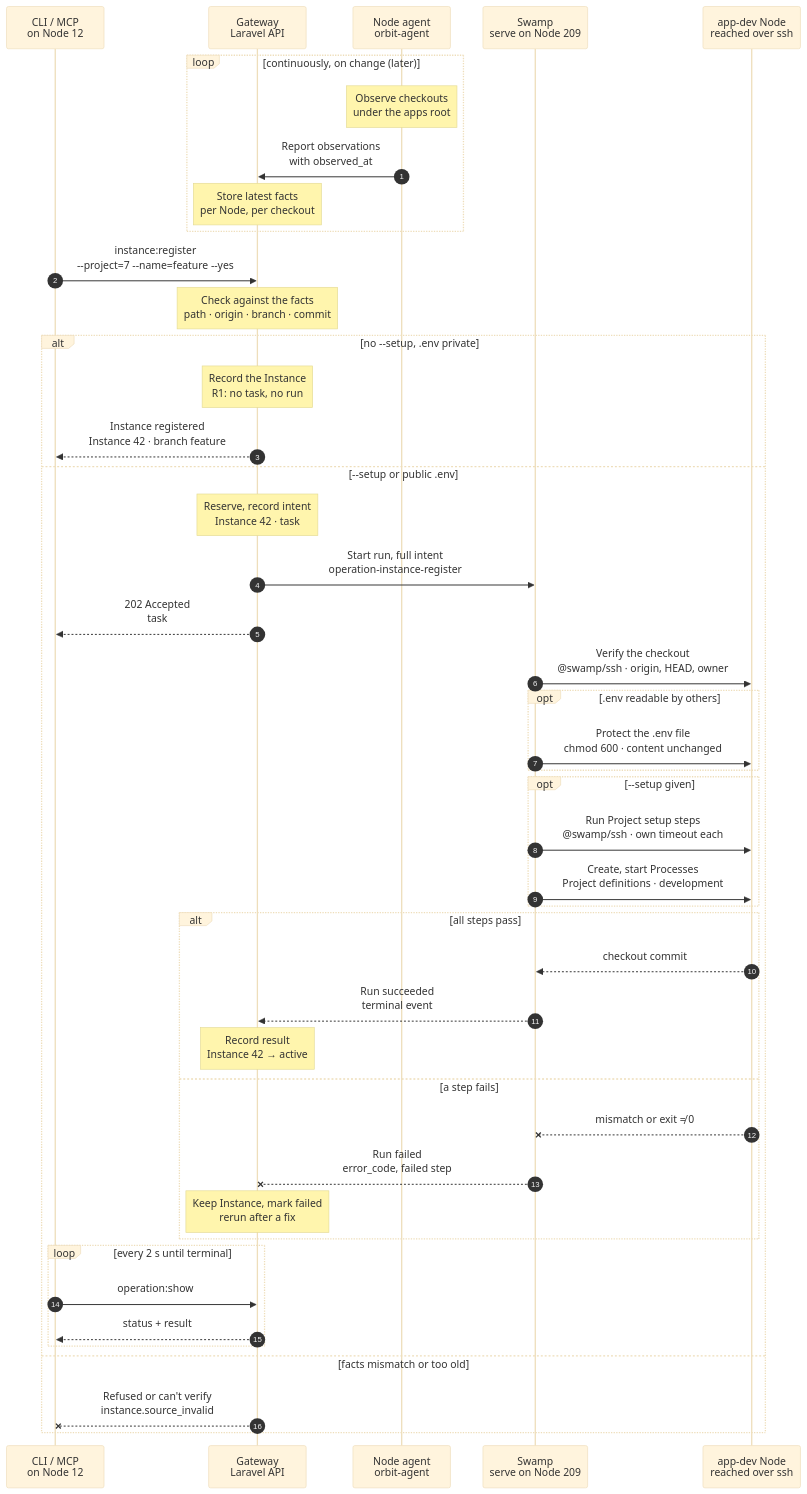
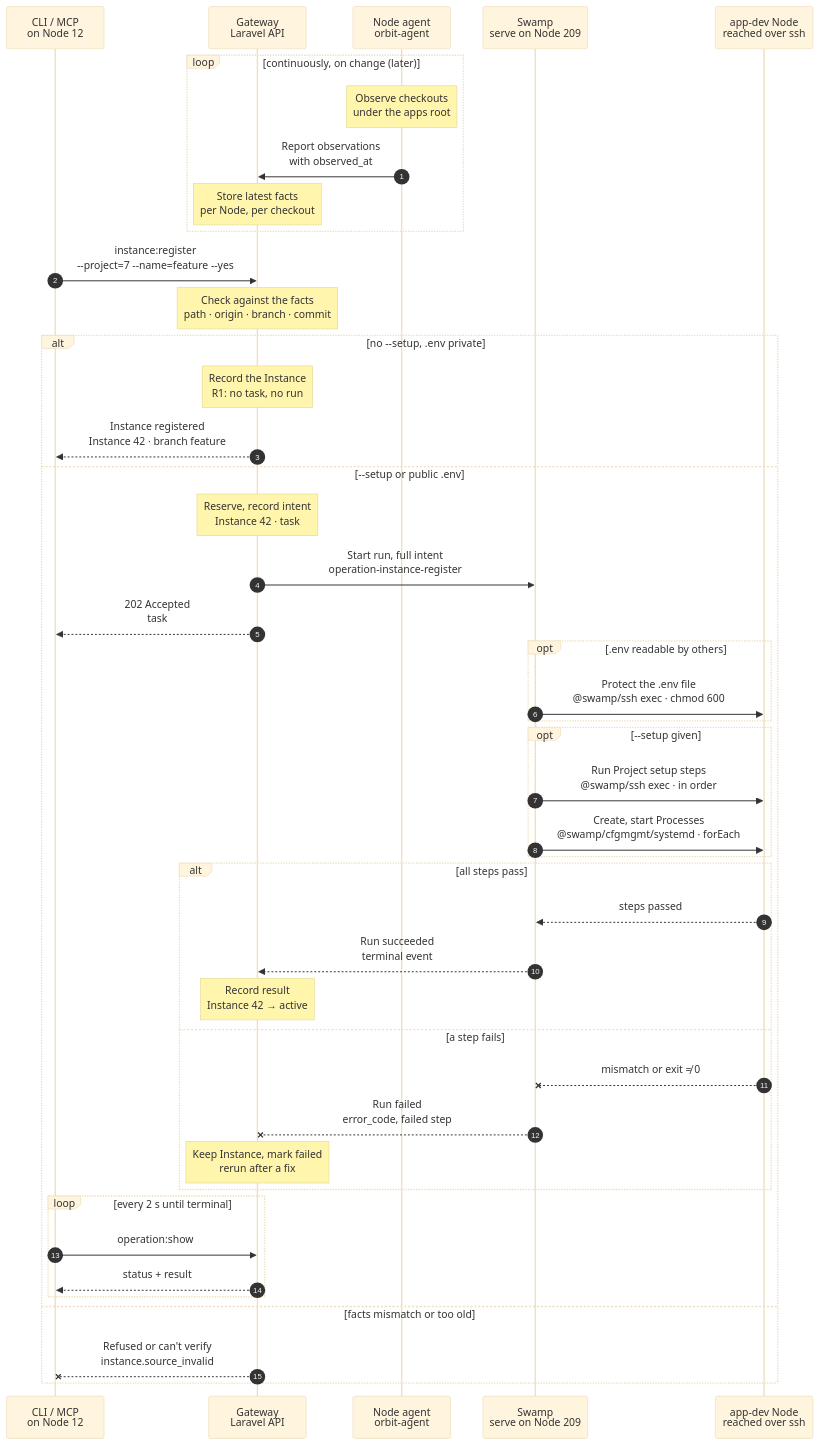
One commit to hardimpactdev/orbit changed the diagram in docs/cli/instance/register.mmd. Above: the diagram before and after it, drawn with Mermaid (base theme).

Commit message:
docs(cli): tighten instance.register chart

```diff
--- a/docs/cli/instance/register.mmd
+++ b/docs/cli/instance/register.mmd
@@ -1,160 +1,156 @@
 sequenceDiagram
   %% Target design: rule 1 (read-only from Node agent reports, like tool.adopt), R1 record-only branch, R4 Node-work branch like tool.remove; .env stays the user's file; Processes from Project definitions for development (instance.create). docs/domains/applications.md#register-an-existing-checkout.
+  %% Tightened: flow-tighten 2026-11-02, rules 5, 16, 22 (no Node re-read of admitted facts; cfgmgmt file mode, ssh exec setup, cfgmgmt systemd Processes).
   %% status: draft
   %% command: instance:register
   %% kind: instance.register
   autonumber
   %% lane CLI icon=terminal pill=caller tone=gray
   %% lane GW icon=gateway pill=intent tone=blue
   %% lane A icon=server pill=observer tone=amber
   %% lane SW icon=workflow pill=executes tone=green
   %% lane N icon=server pill=target tone=amber
   participant CLI as CLI / MCP<br/>on Node 12
   participant GW as Gateway<br/>Laravel API
   participant A as Node agent<br/>orbit-agent
   participant SW as Swamp<br/>serve on Node 209
   participant N as app-dev Node<br/>reached over ssh
   loop continuously, on change (later)
     Note over A: Observe checkouts<br/>under the apps root
     %%> Later:
     %%> - this observation lands in the Node agent's observer pass; today the agent watches only task checkouts, at most 64 per Node
     %%> - until then, `instance:register` keeps its Swamp read of the checkout over `@swamp/ssh`
     %%> What it observes:
     %%> - each Git checkout under `<apps-root>/<project-slug>/<name>`
     %%> - its owner, Git layout, origin, branch and `HEAD` commit, and whether it is dirty
     %%> - whether `.env` exists and who can read it
     %%> - application facts: PHP version and whether it is Laravel
     %%> Runs as:
     %%> - read-only; the Node agent never changes a Node
     A->>GW: Report observations<br/>with observed_at
     %%> What it sends:
     %%> - what changed since the last report, with the time it was observed
     Note over GW: Store latest facts<br/>per Node, per checkout
     %%> Result:
     %%> - the Gateway always has a recent picture of the checkouts on each app-dev Node
   end
   CLI->>GW: instance:register<br/>--project=7 --name=feature --yes
   %%> Command:
   %%> - `cd /fast/apps/acme/feature && orbit instance:register --project=7 --name=feature --yes`
   %%> - syntax: `--project=ID [--path=PATH] [--name=NAME] [--root=PATH] [--setup] [--yes] [--idempotency-key=KEY] [--json]`
   %%> What registering means:
   %%> - Orbit adopts a checkout that already exists, in place
   %%> - Orbit owns the source from now on; a later `instance:destroy` deletes the checkout
   %%> Confirmation:
   %%> - without `--yes`, the CLI asks for consent that names the source; the default is No
   %%> - without a terminal, or with `--json`, `--yes` is required
   %%> CLI checks first:
   %%> - the directory is a Git checkout, and its origin has no credentials
   Note over GW: Check against the facts<br/>path · origin · branch · commit
   %%> Requirements:
   %%> - the request comes from Node 12 itself; the Node that sends it receives the Instance
   %%> - Node 12 has the `app-dev` role, and Project 7 may be placed on it
   %%> - the name `feature` is free in Project 7
   %%> Checks in the agent's latest report:
   %%> - the checkout is at `/fast/apps/acme/feature` and the Node's managed user owns it
   %%> - its origin is Project 7's repository
   %%> - it is a plain checkout, not a linked worktree
   %%> - the report is fresh enough to trust
   %%> Decides:
   %%> - whether the Node needs work, or only a record
   alt no --setup, .env private
     Note over GW: Record the Instance<br/>R1: no task, no run
     %%> When:
     %%> - no `--setup`, and `.env` is absent or readable only by its owner
     %%> Result:
     %%> - Instance 42 recorded as active, with the observed branch, commit and application facts
     %%> - Git `HEAD`, the index, dirty files and `.env` stay as they are
     %%> - no Swamp run starts (R1)
     %%> Not included:
     %%> - no Process starts; use `--setup`, or `instance:setup` later
     GW-->>CLI: Instance registered<br/>Instance 42 · branch feature
     %%> What you get:
     %%> - the final result at once; there is nothing to follow
   else --setup or public .env
     Note over GW: Reserve, record intent<br/>Instance 42 · task #5131
     %%> When:
     %%> - `--setup` was given, or the agent saw a `.env` that others can read
     %%> Result:
     %%> - Instance 42 recorded as reserved, with the observed facts
     %%> - task #5131 recorded with the full intent
     %%> Today:
     %%> - `--setup` returns `operation.kind_unavailable`
     GW->>SW: Start run, full intent<br/>operation-instance-register
     %%> What it does:
     %%> - starts one Swamp run on serve (Node 209)
     %%> Inputs:
     %%> - Node 12's address and SSH host keys; the SSH identity comes from the `swamp` role
     %%> - the observed facts, the setup steps, the development Process definitions
     GW-->>CLI: 202 Accepted<br/>task #5131
     %%> What you get:
     %%> - the task number, at once
     %%> Next:
     %%> - the CLI follows the task with `operation:show`
-    SW->>N: Verify the checkout<br/>@swamp/ssh · origin, HEAD, owner
-    %%> What it does:
-    %%> - checks that the checkout still matches the facts the Gateway admitted
-    %%> Why:
-    %%> - the agent's report may be a few seconds old; nothing changes on a different checkout
-    %%> How:
-    %%> - Git commands run with hooks and filesystem monitors off
     opt .env readable by others
-      SW->>N: Protect the .env file<br/>chmod 600 · content unchanged
+      SW->>N: Protect the .env file<br/>@swamp/ssh exec · chmod 600
+      %%> How:
+      %%> - Swamp reaches Node 12 over SSH from 209 with `@swamp/ssh`; one `chmod 600` argv, safe to repeat
       %%> What it does:
       %%> - removes group and public read access from `.env`
       %%> Not included:
       %%> - never reads or changes the content; the file stays the user's
     end
     opt --setup given
-      SW->>N: Run Project setup steps<br/>@swamp/ssh · own timeout each
+      SW->>N: Run Project setup steps<br/>@swamp/ssh exec · in order
       %%> What it does:
       %%> - runs the Project's setup steps in order, as the Node's managed user, from the repository root
       %%> Typical steps:
       %%> - `composer install`, `vp install`, `php artisan migrate`
-      SW->>N: Create, start Processes<br/>Project definitions · development
+      SW->>N: Create, start Processes<br/>@swamp/cfgmgmt/systemd · forEach
       %%> What it does:
       %%> - creates the Instance's Processes from the Project's Process definitions for `development`
       %%> - starts them, for example the Vite dev server (`vp-dev`)
       %%> Why here:
       %%> - after the setup steps, because Processes need the installed dependencies
     end
     alt all steps pass
-      N-->>SW: checkout commit
+      N-->>SW: steps passed
       %%> Returns:
-      %%> - the commit that is checked out
+      %%> - every step passed; the commit is the one the agent reported at admission
       SW-->>GW: Run succeeded<br/>terminal event
       %%> How the Gateway learns it:
       %%> - its shared run reader sees the terminal event; Swamp never calls the Gateway
       Note over GW: Record result<br/>Instance 42 → active
       %%> Result:
       %%> - Instance 42 becomes active, with its Processes when `--setup` was given
       %%> - task #5131 succeeds
     else a step fails
       N--xSW: mismatch or exit ≠ 0
       %%> When:
       %%> - the checkout no longer matches, or a setup or Process step fails
       SW--xGW: Run failed<br/>error_code, failed step
       %%> The Gateway reads:
       %%> - which step failed and its error code
       Note over GW: Keep Instance, mark failed<br/>rerun after a fix
       %%> Result:
       %%> - Instance 42 stays, marked failed; task #5131 fails
       %%> On the Node:
       %%> - the checkout stays as it is; no rollback
       %%> Retry:
       %%> - run the same command again; it is a new task
     end
     loop every 2 s until terminal
       CLI->>GW: operation:show #5131
       %%> What it does:
       %%> - asks for the task's status every 2 seconds until it has ended
       GW-->>CLI: status + result
       %%> Returns:
       %%> - the current status, and the result once the task has ended
     end
   else facts mismatch or too old
     GW--xCLI: Refused or can't verify<br/>instance.source_invalid
     %%> When:
     %%> - the path, owner, origin or layout doesn't match, or the agent hasn't reported recently
     %%> Result:
     %%> - nothing is recorded; fix the source, or try again when the agent reports
   end
```
